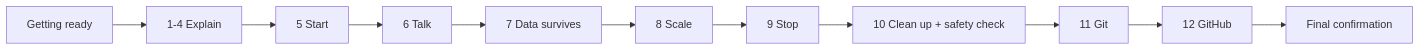
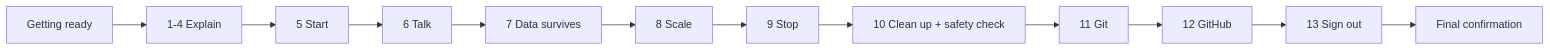
Before and after one commit to gh-shad/compose-demo-2: the diagram in docs/04-demo-walkthrough.md, drawn with Mermaid. The commit also changed other lines of this file and 27 other files, not shown here.

First line of the commit message:
Complete the project: Part 13 sign-out, full README, screenshots, teaching guide

````diff
--- a/docs/04-demo-walkthrough.md
+++ b/docs/04-demo-walkthrough.md
@@ -25,13 +25,14 @@
 ```mermaid
 flowchart LR
     S["Getting ready"] --> P1["1-4 Explain"]
     P1 --> P5["5 Start"]
     P5 --> P6["6 Talk"]
     P6 --> P7["7 Data survives"]
     P7 --> P8["8 Scale"]
     P8 --> P9["9 Stop"]
     P9 --> P10["10 Clean up + safety check"]
     P10 --> P11["11 Git"]
     P11 --> P12["12 GitHub"]
-    P12 --> F["Final confirmation"]
+    P12 --> P13["13 Sign out"]
+    P13 --> F["Final confirmation"]
 ```
````
